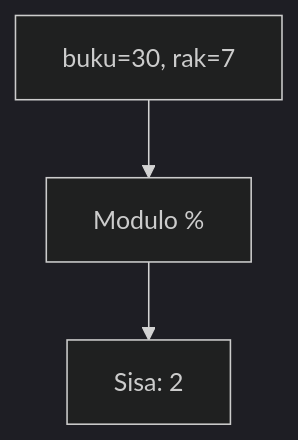
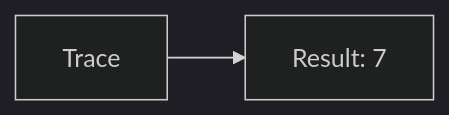
Before and after one commit to amnahwaida/OSNK_INF_PREP: the sixth of 25 diagrams in part-c-pemahaman-cpp/01-tipe-data/latihan/set-03.md, drawn with Mermaid (dark theme). The commit also changed other lines of this file and 71 other files, not shown here.

````diff
--- a/part-c-pemahaman-cpp/01-tipe-data/latihan/set-03.md
+++ b/part-c-pemahaman-cpp/01-tipe-data/latihan/set-03.md
@@ -449,5 +127,4 @@
 ```mermaid
-graph TD
-A["buku=30, rak=7"] --> B["Modulo %"]
-B --> C["Sisa: 2"]
+graph LR
+A[Trace] --> B[Result: 7]
 ```
````
